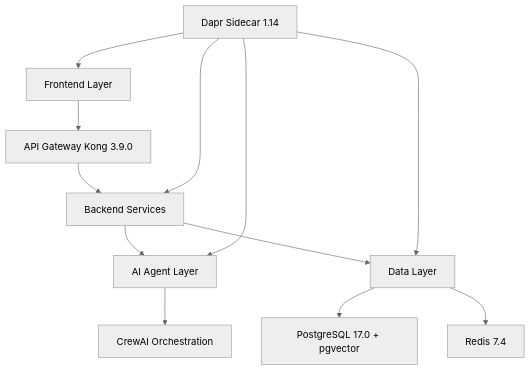
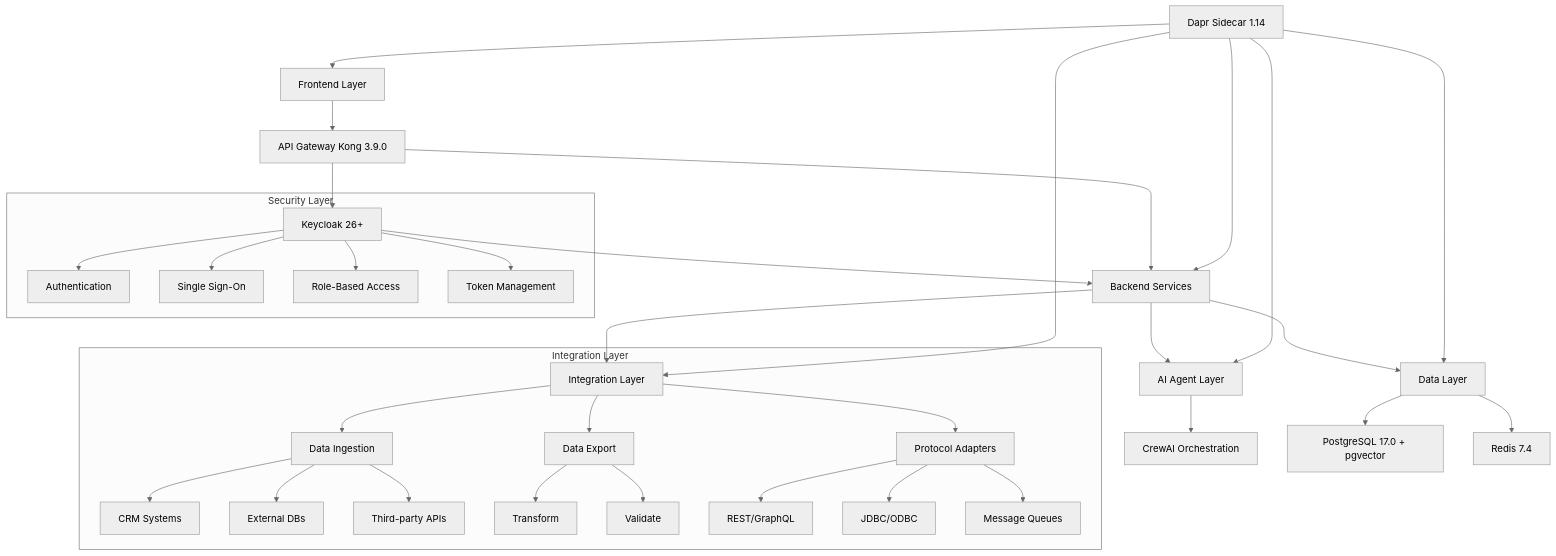
One commit to jihadajUAEU/bluemeshv2 changed the first of 8 diagrams in README.md. Above: the diagram before and after it, drawn with Mermaid (neutral theme). The commit also changed other lines of this file and 1 other file, not shown here.

Commit message:
Enhance README.md with detailed Integration Layer architecture, security features, and Keycloak configuration instructions

````diff
--- a/README.md
+++ b/README.md
@@ -15,14 +15,39 @@
 ```mermaid
 graph TD
     A[Frontend Layer] --> B[API Gateway Kong 3.9.0]
     B --> C[Backend Services]
+    B --> K[Keycloak 26+]
+    K --> C
     C --> D[AI Agent Layer]
     C --> E[Data Layer]
+    C --> I[Integration Layer]
     D --> F[CrewAI Orchestration]
     E --> G[PostgreSQL 17.0 + pgvector]
     E --> H[Redis 7.4]
     J[Dapr Sidecar 1.14] --> A
     J --> C
     J --> D
     J --> E
+    J --> I
+
+    subgraph Security Layer
+        K --> Auth[Authentication]
+        K --> SSO[Single Sign-On]
+        K --> RBAC[Role-Based Access]
+        K --> Token[Token Management]
+    end
+
+    subgraph Integration Layer
+        I --> I1[Data Ingestion]
+        I --> I2[Data Export]
+        I --> I3[Protocol Adapters]
+        I1 --> I4[CRM Systems]
+        I1 --> I5[External DBs]
+        I1 --> I6[Third-party APIs]
+        I2 --> I7[Transform]
+        I2 --> I8[Validate]
+        I3 --> I9[REST/GraphQL]
+        I3 --> I10[JDBC/ODBC]
+        I3 --> I11[Message Queues]
+    end
 ```
````
